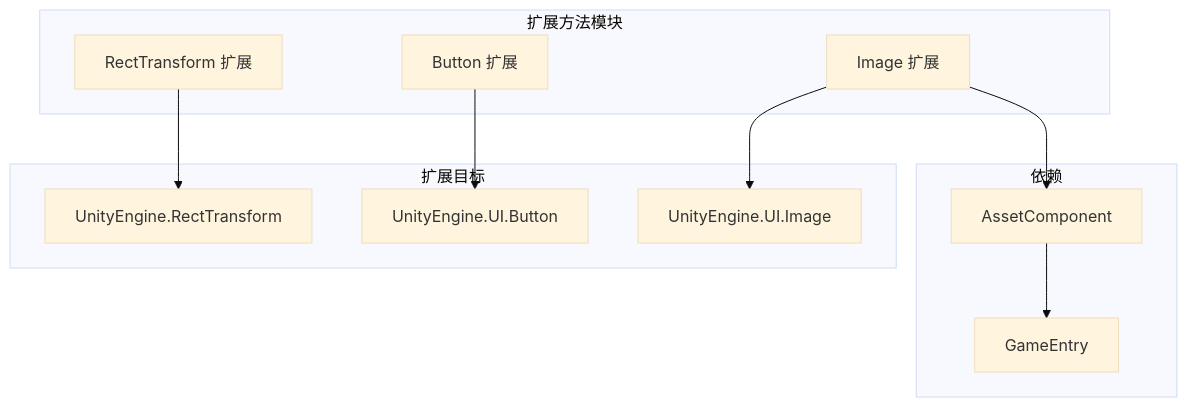
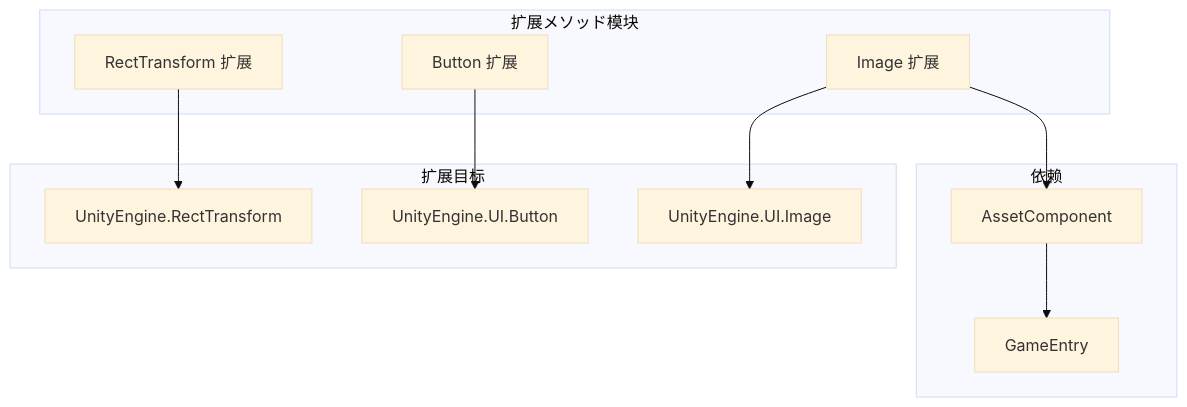
The diagram in docs/ja/client/unity/component/ui-ugui/12.extensions.md (AlianBlank/GameFrameX.Docs), drawn with Mermaid (base theme) before and after one commit. The commit also changed other lines of this file and 603 other files, not shown here.

````diff
--- a/docs/ja/client/unity/component/ui-ugui/12.extensions.md
+++ b/docs/ja/client/unity/component/ui-ugui/12.extensions.md
@@ -15,26 +15,26 @@
 ```mermaid
 graph TD
-    subgraph Extensions["扩展方法模块"]
+    subgraph Extensions["扩展メソッド模块"]
         RectTransformExt[RectTransform 扩展]
         ButtonExt[Button 扩展]
         ImageExt[Image 扩展]
     end
     
     subgraph Targets["扩展目标"]
         RT[UnityEngine.RectTransform]
         Button[UnityEngine.UI.Button]
         Image[UnityEngine.UI.Image]
     end
     
     RectTransformExt --> RT
     ButtonExt --> Button
     ImageExt --> Image
     
     subgraph Dependencies["依赖"]
         Asset[AssetComponent]
         GameEntry[GameEntry]
     end
     
     ImageExt --> Asset
     Asset --> GameEntry
 ```
````
